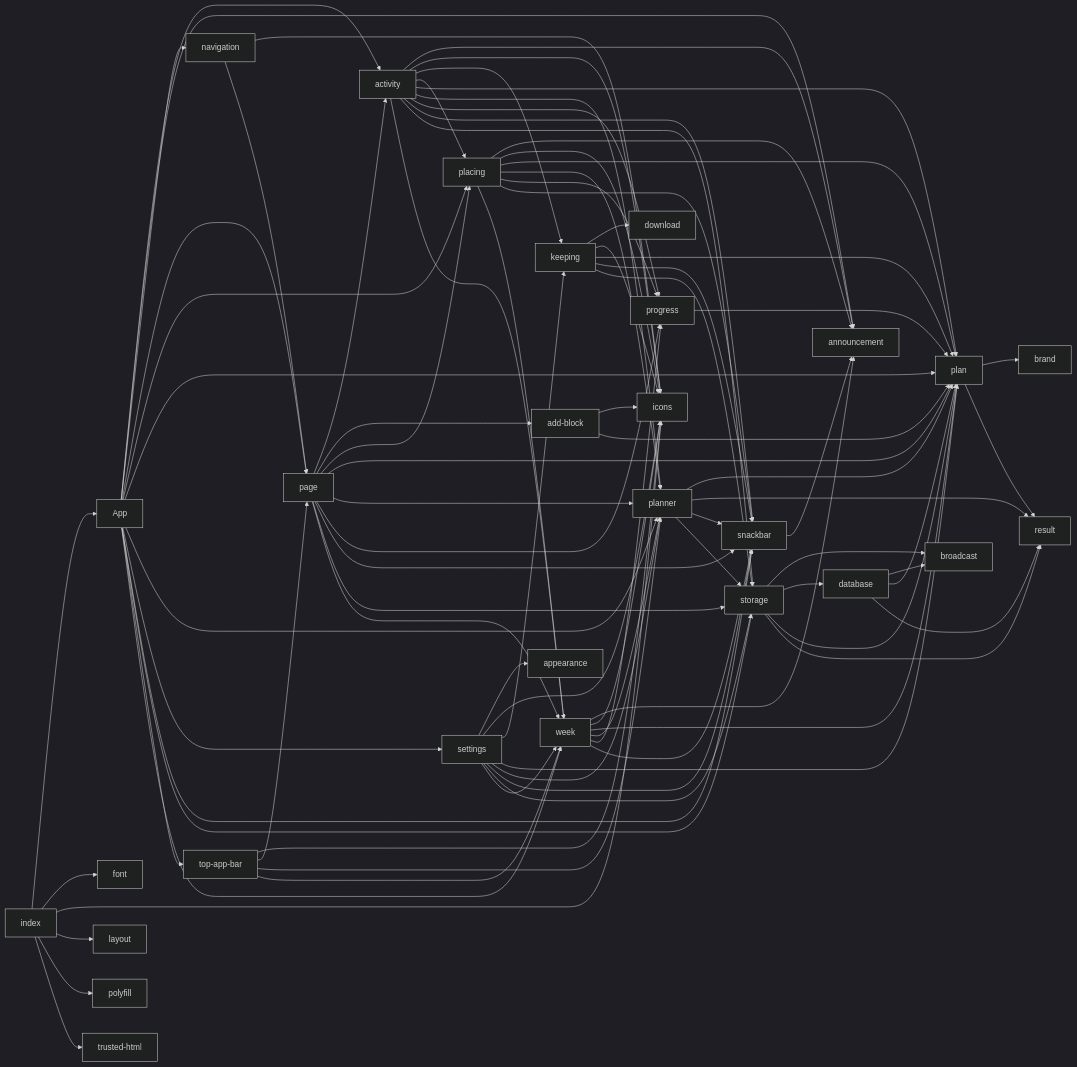
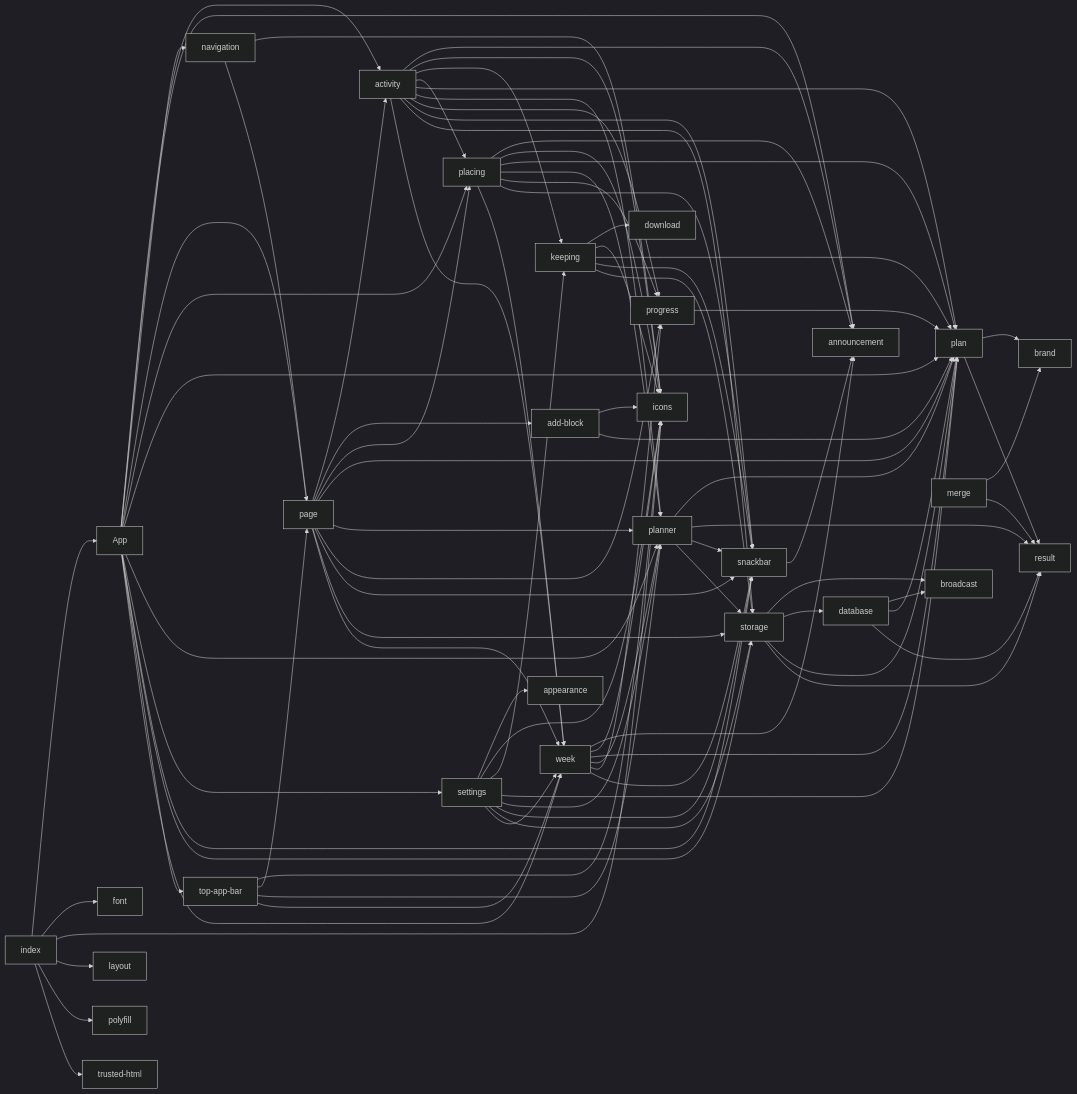
Before and after one commit to SantaClaas/week-budget-planner: the diagram in docs/MODULES.md, drawn with Mermaid (dark theme). The commit also changed 2 other files, not shown here.

Commit message:
Add order keys for the Activities list
A key can always be made between two others, so moving an activity
changes its key alone (see Order in docs/spec/merge.md). assign() keeps
the keys of a longest run already in order and gives the rest new ones.

Claude-Session: https://claude.ai/code/session_01Cva2y3CRbMBvsQ7zgJGewi

```diff
--- a/docs/MODULES.md
+++ b/docs/MODULES.md
@@ -22,6 +22,7 @@
   module_index["index"]
   module_keeping["keeping"]
   module_layout["layout"]
+  module_merge["merge"]
   module_navigation["navigation"]
   module_page["page"]
   module_placing["placing"]
@@ -74,6 +75,8 @@
   module_keeping --> module_plan
   module_keeping --> module_snackbar
   module_keeping --> module_storage
+  module_merge --> module_brand
+  module_merge --> module_result
   module_navigation --> module_icons
   module_navigation --> module_page
   module_page --> module_activity
```
